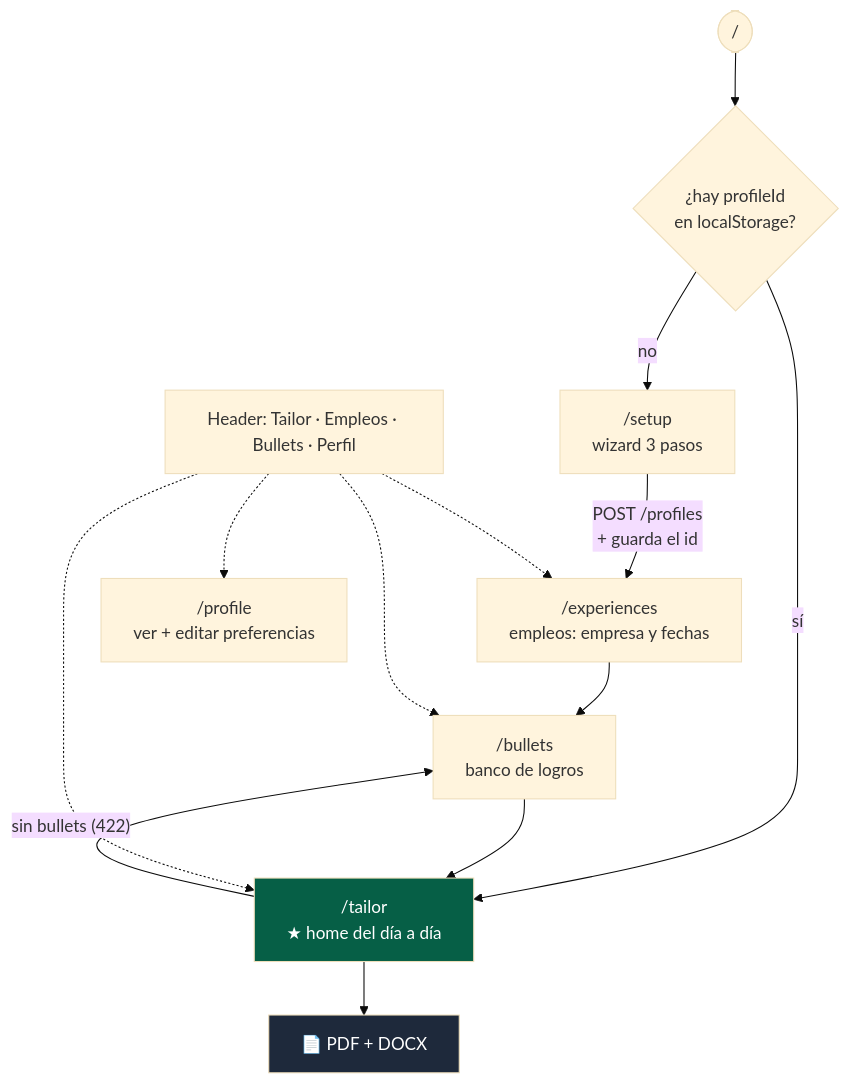
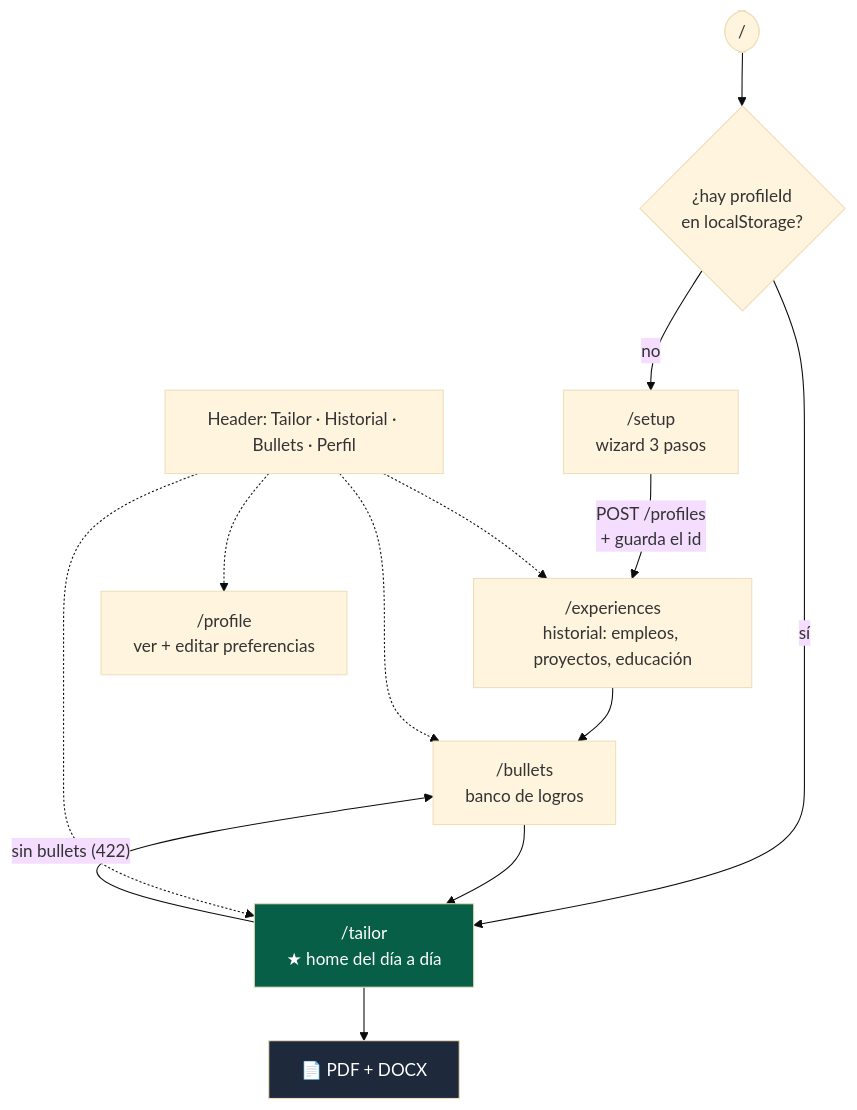
Before and after one commit to HectorDaniell/JobFinder: the seventh of 9 diagrams in docs/FLUJO.md, drawn with Mermaid (base theme). The commit also changed other lines of this file and 8 other files, not shown here.

````diff
--- a/docs/FLUJO.md
+++ b/docs/FLUJO.md
@@ -215,20 +216,20 @@
 ```mermaid
 flowchart TD
     START(["/"]) --> Q{¿hay profileId<br/>en localStorage?}
     Q -->|no| SETUP["/setup<br/>wizard 3 pasos"]
     Q -->|sí| TAILOR["/tailor<br/>★ home del día a día"]
 
-    SETUP -->|"POST /profiles<br/>+ guarda el id"| EXP["/experiences<br/>empleos: empresa y fechas"]
+    SETUP -->|"POST /profiles<br/>+ guarda el id"| EXP["/experiences<br/>historial: empleos, proyectos, educación"]
     EXP --> BULLETS["/bullets<br/>banco de logros"]
     BULLETS --> TAILOR
     TAILOR -->|"sin bullets (422)"| BULLETS
     TAILOR --> DL["📄 PDF + DOCX"]
 
-    NAV["Header: Tailor · Empleos · Bullets · Perfil"] -.-> TAILOR
+    NAV["Header: Tailor · Historial · Bullets · Perfil"] -.-> TAILOR
     NAV -.-> EXP
     NAV -.-> BULLETS
     NAV -.-> PROFILE["/profile<br/>ver + editar preferencias"]
 
     style TAILOR fill:#065f46,color:#fff
     style DL fill:#1e293b,color:#fff
 ```
````
